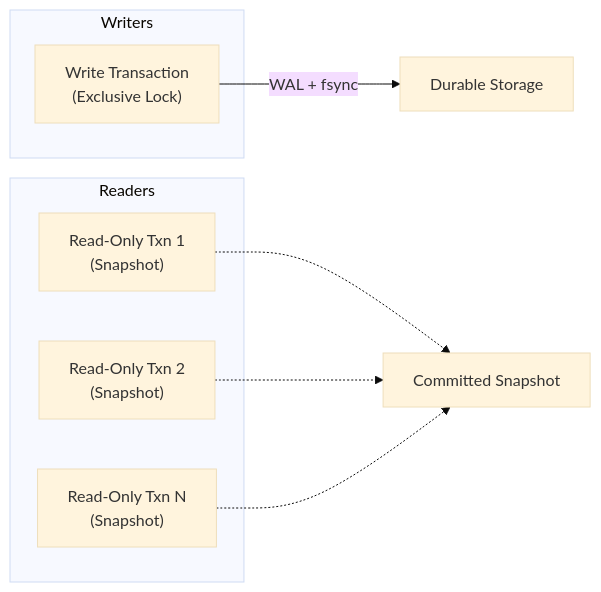
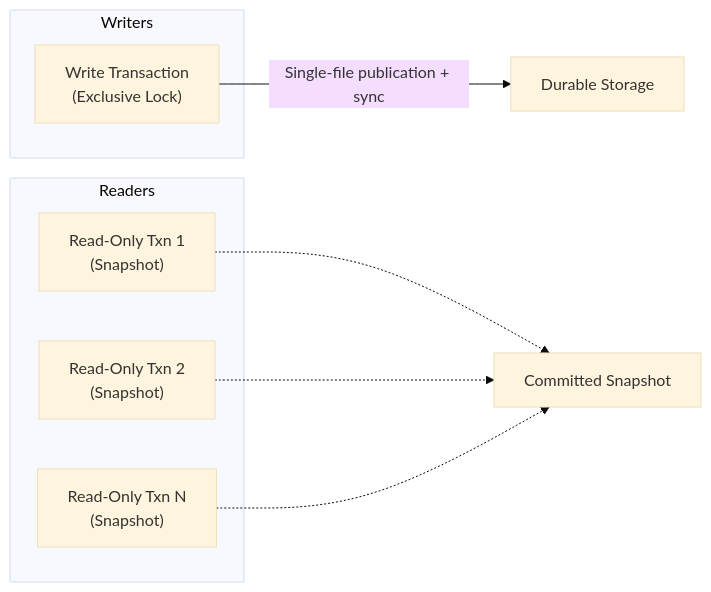
The third of 4 diagrams in docs/apps/docs/content/docs/en/zyx/user-guide/features.mdx (nexepic/zyx), drawn with Mermaid (base theme) before and after one commit. The commit also changed other lines of this file and 1349 other files, not shown here.

First line of the commit message:
Retire legacy storage and harden native graph persistence

````diff
--- a/docs/apps/docs/content/docs/en/zyx/user-guide/features.mdx
+++ b/docs/apps/docs/content/docs/en/zyx/user-guide/features.mdx
@@ -196,15 +196,15 @@
 ```mermaid
 flowchart LR
   subgraph Writers
     W["Write Transaction\n(Exclusive Lock)"]
   end
   subgraph Readers
     R1["Read-Only Txn 1\n(Snapshot)"]
     R2["Read-Only Txn 2\n(Snapshot)"]
     R3["Read-Only Txn N\n(Snapshot)"]
   end
-  W --> |WAL + fsync| D["Durable Storage"]
+  W --> |"Single-file publication + sync"| D["Durable Storage"]
   R1 -.-> S["Committed Snapshot"]
   R2 -.-> S
   R3 -.-> S
 ```
````
